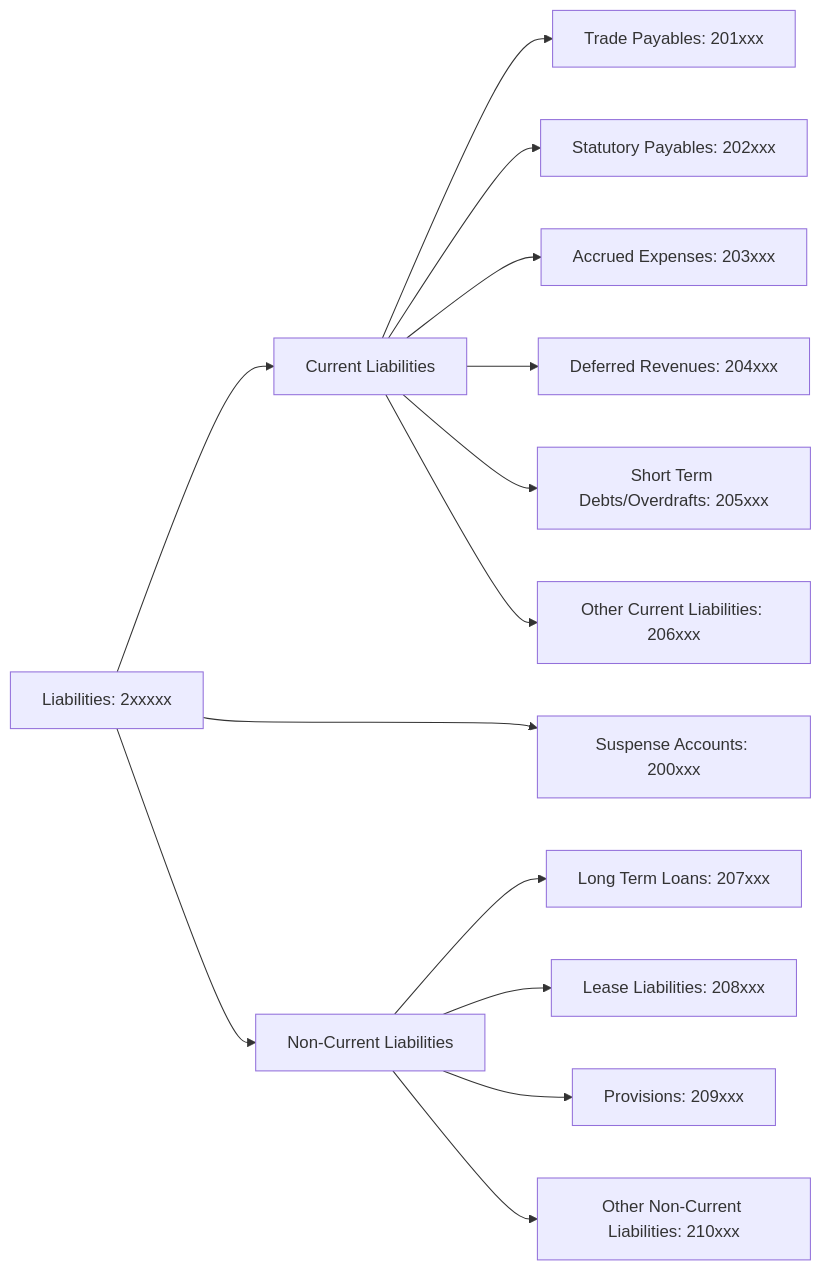
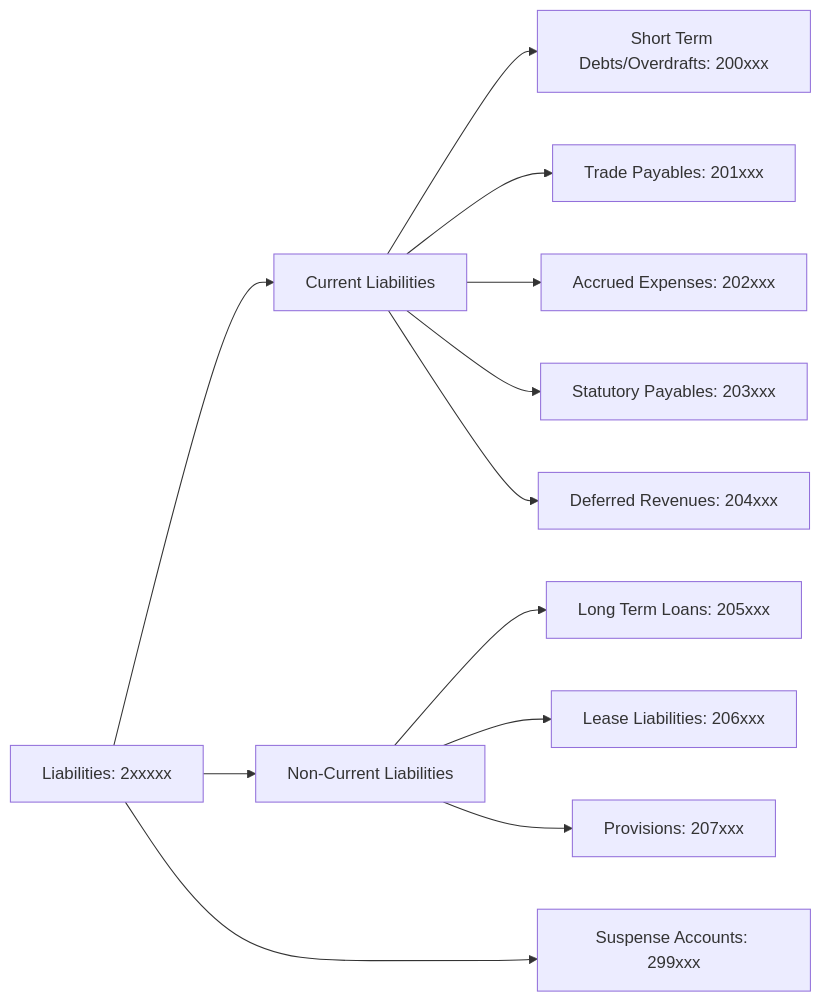
The diagram in src/domain/accounting/__doc__/assets/coa-liabilities.mermaid (oosahon/ledgernova-core), drawn with Mermaid before and after one commit. The commit also changed 21 other files, not shown here.

```diff
--- a/src/domain/accounting/__doc__/assets/coa-liabilities.mermaid
+++ b/src/domain/accounting/__doc__/assets/coa-liabilities.mermaid
@@ -1,23 +1,21 @@
 flowchart LR
     Liabilities["Liabilities: 2xxxxx"]
 
     Liabilities --> CLiabilities & NCLiabilities & SuspenseAccounts
 
-    SuspenseAccounts["Suspense Accounts: 200xxx"]
+ 
     CLiabilities["Current Liabilities"]
+        CLiabilities --> ShortTermDebts["Short Term Debts/Overdrafts: 200xxx"]
         CLiabilities --> TradePayables["Trade Payables: 201xxx"]
-        CLiabilities --> StatutoryPayables["Statutory Payables: 202xxx"]
-        CLiabilities --> Accruals["Accrued Expenses: 203xxx"]
+        CLiabilities --> Accruals["Accrued Expenses: 202xxx"]
+        CLiabilities --> StatutoryPayables["Statutory Payables: 203xxx"]
         CLiabilities --> DeferredRevenues["Deferred Revenues: 204xxx"]
-        CLiabilities --> ShortTermDebts["Short Term Debts/Overdrafts: 205xxx"]
-        CLiabilities --> OtherCurrentLiabilities["Other Current Liabilities: 206xxx"]
 
     NCLiabilities["Non-Current Liabilities"]
-        NCLiabilities --> LongTermLoan["Long Term Loans: 207xxx"]
-        NCLiabilities --> LeaseLiabilities["Lease Liabilities: 208xxx"]
-        NCLiabilities --> Provisions["Provisions: 209xxx"]
-        NCLiabilities --> OtherNCL["Other Non-Current Liabilities: 210xxx"]
+        NCLiabilities --> LongTermLoan["Long Term Loans: 205xxx"]
+        NCLiabilities --> LeaseLiabilities["Lease Liabilities: 206xxx"]
+        NCLiabilities --> Provisions["Provisions: 207xxx"]
 
 
     %% For positioning
-    CLiabilities ~~~ SuspenseAccounts
+    NCLiabilities ~~~  SuspenseAccounts["Suspense Accounts: 299xxx"]
```
